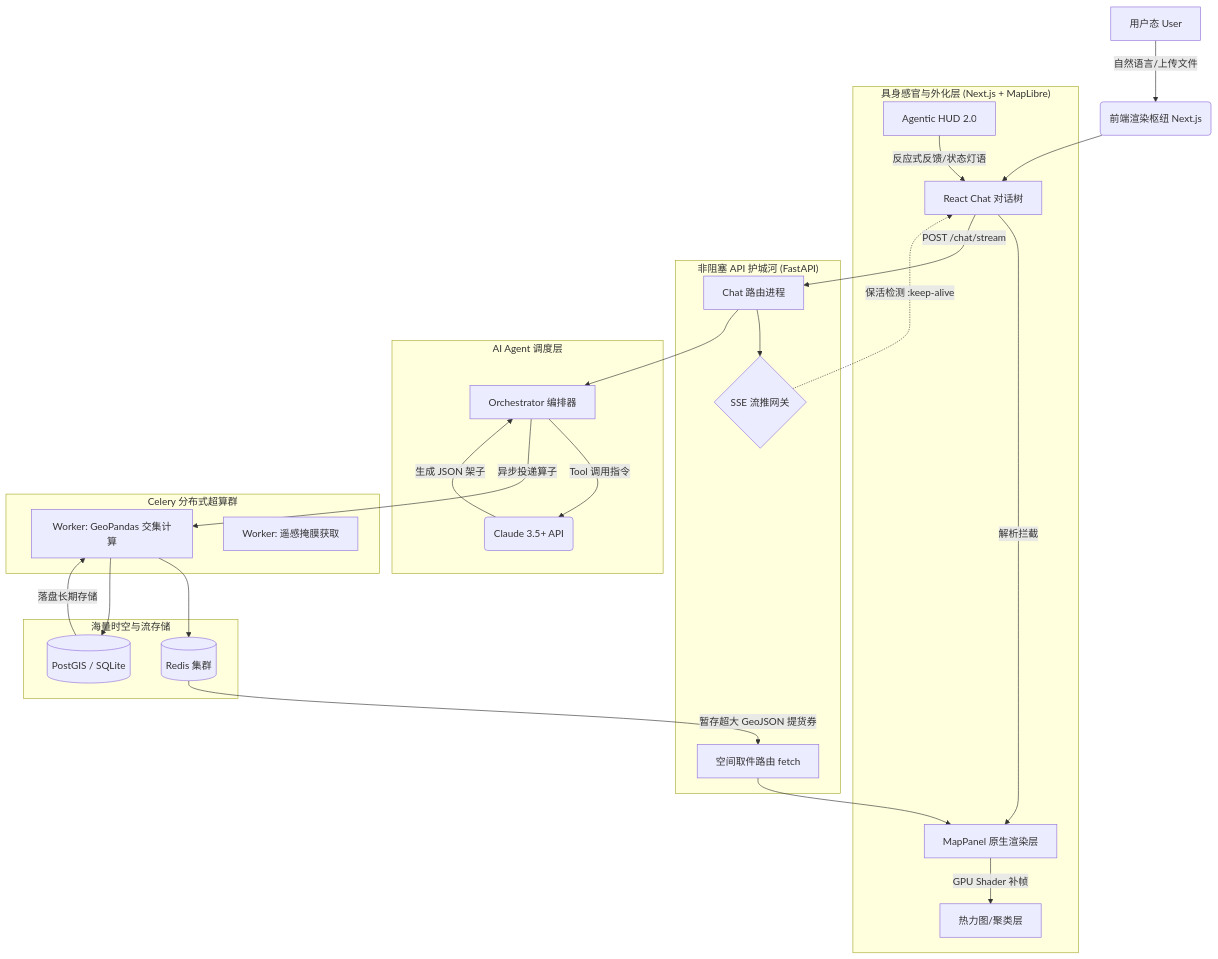
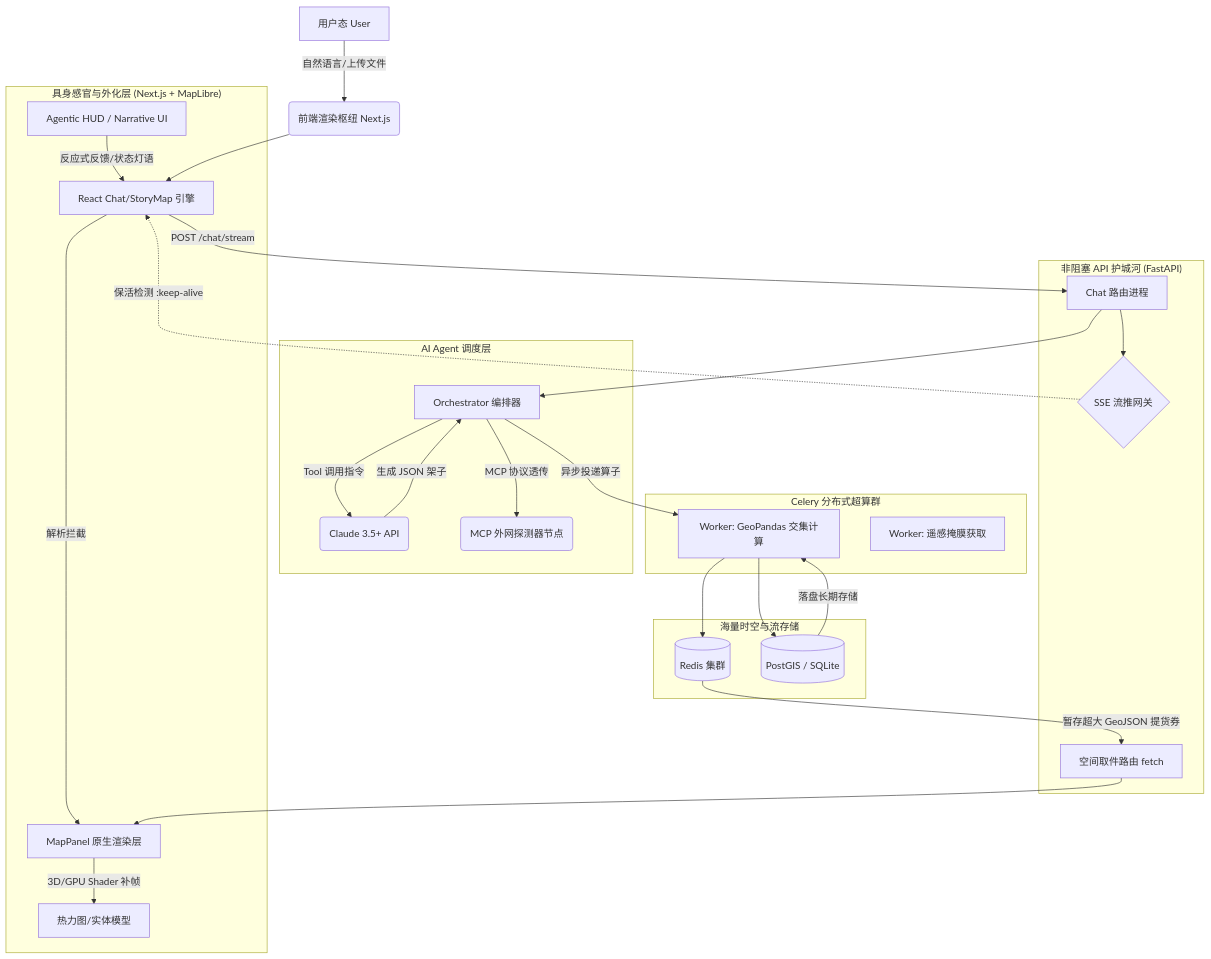
One commit to WindWang2/webgis-ai-agent changed the diagram in docs/architecture.md. Above: the diagram before and after it, drawn with Mermaid. The commit also changed other lines of this file and 16 other files, not shown here.

````diff
--- a/docs/architecture.md
+++ b/docs/architecture.md
@@ -16,37 +16,39 @@
 ```mermaid
 graph TD
     A[用户态 User] -->|自然语言/上传文件| B(前端渲染枢纽 Next.js)
     
     subgraph 前端渲染枢纽 ["具身感官与外化层 (Next.js + MapLibre)"]
-    B1[React Chat 对话树] --> |解析拦截| B2[MapPanel 原生渲染层]
-    B2 --> |GPU Shader 补帧| B3[热力图/聚类层]
-    B4[Agentic HUD 2.0] --> |反应式反馈/状态灯语| B1
+    B1[React Chat/StoryMap 引擎] --> |解析拦截| B2[MapPanel 原生渲染层]
+    B2 --> |3D/GPU Shader 补帧| B3[热力图/实体模型]
+    B4[Agentic HUD / Narrative UI] --> |反应式反馈/状态灯语| B1
     end
     B --> B1
+
     
     subgraph 边界网关 ["非阻塞 API 护城河 (FastAPI)"]
     C{SSE 流推网关} -.-> |保活检测 :keep-alive| B1
     C1[Chat 路由进程] --> C
     C2[空间取件路由 fetch] --> B2
     end
     B1 -->|POST /chat/stream| C1
     
     subgraph 大脑中枢 ["AI Agent 调度层"]
     D[Orchestrator 编排器] --> |Tool 调用指令| D1(Claude 3.5+ API)
     D1 --> |生成 JSON 架子| D
+    D --> |MCP 协议透传| D2(MCP 外网探测器节点)
     end
     C1 --> D
     
     subgraph 重算隔离区 ["Celery 分布式超算群"]
     E[Worker: GeoPandas 交集计算] 
     E1[Worker: 遥感掩膜获取]
     end
     D -->|异步投递算子| E
     
     subgraph 数据弹药库 ["海量时空与流存储"]
     F[(Redis 集群)] --> |暂存超大 GeoJSON 提货券| C2
     F1[(PostGIS / SQLite)] --> |落盘长期存储| E
     end
     E --> F
     E --> F1
 ```
````
